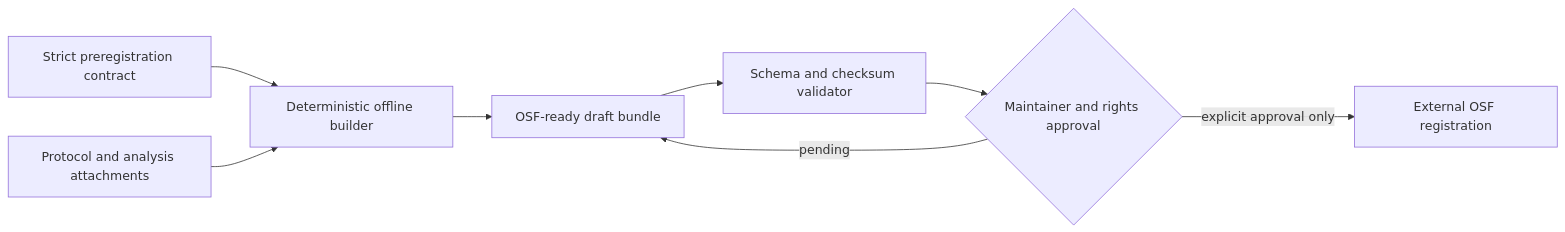
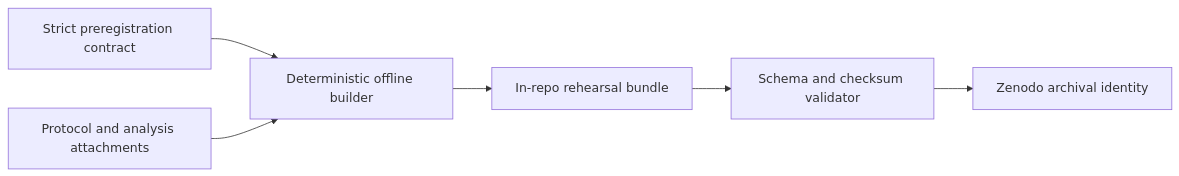
Diagram 13 of 17 in conductor/design.md (edithatogo/global-medicines-atlas), drawn with Mermaid before and after one commit. The commit also changed other lines of this file and 46 other files, not shown here.

````diff
--- a/conductor/design.md
+++ b/conductor/design.md
@@ -382,18 +380,15 @@
 ```mermaid
 flowchart LR
     CONTRACT["Strict preregistration contract"]
     SOURCE["Protocol and analysis attachments"]
     BUILD["Deterministic offline builder"]
-    BUNDLE["OSF-ready draft bundle"]
+    BUNDLE["In-repo rehearsal bundle"]
     VERIFY["Schema and checksum validator"]
-    GATE{"Maintainer and rights approval"}
-    OSF["External OSF registration"]
+    ZENODO["Zenodo archival identity"]
 
     CONTRACT --> BUILD
     SOURCE --> BUILD
     BUILD --> BUNDLE
     BUNDLE --> VERIFY
-    VERIFY --> GATE
-    GATE -->|pending| BUNDLE
-    GATE -->|explicit approval only| OSF
+    VERIFY --> ZENODO
 ```
````
